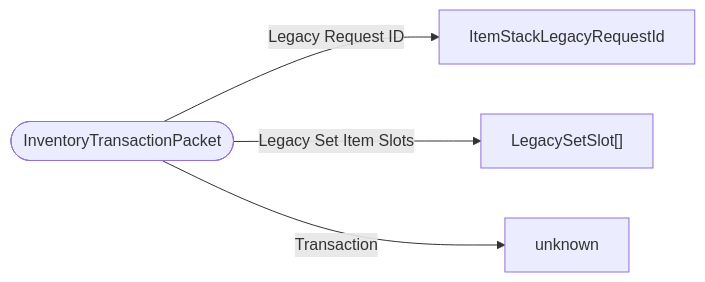
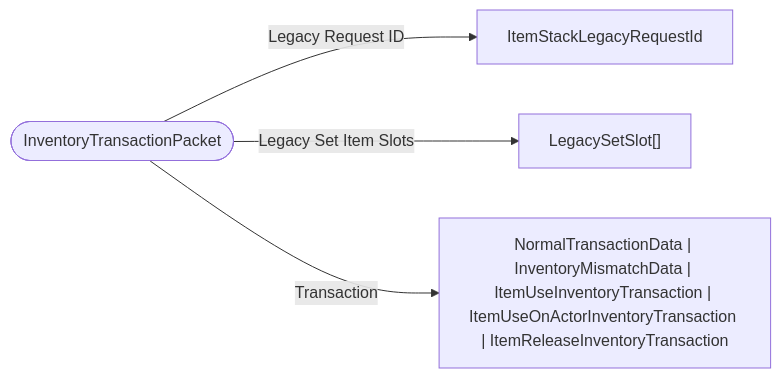
Before and after one commit to bedrock-v/protocol-docs: the diagram in schemas/packets/InventoryTransactionPacket.md, drawn with Mermaid. The commit also changed 114 other files, not shown here.

````diff
--- a/schemas/packets/InventoryTransactionPacket.md
+++ b/schemas/packets/InventoryTransactionPacket.md
@@ -7,7 +7,7 @@
 ```mermaid
 flowchart LR
   ROOT(["InventoryTransactionPacket"])
   ROOT -->|"Legacy Request ID"| ItemStackLegacyRequestId["ItemStackLegacyRequestId"]
   ROOT -->|"Legacy Set Item Slots"| LegacySetSlot["LegacySetSlot[]"]
-  ROOT -->|"Transaction"| unknown["unknown"]
+  ROOT -->|"Transaction"| NormalTransactionData___InventoryMismatchData___ItemUseInventoryTransaction___ItemUseOnActorInventoryTransaction___ItemReleaseInventoryTransaction["NormalTransactionData | InventoryMismatchData | ItemUseInventoryTransaction | ItemUseOnActorInventoryTransaction | ItemReleaseInventoryTransaction"]
 ```
````
